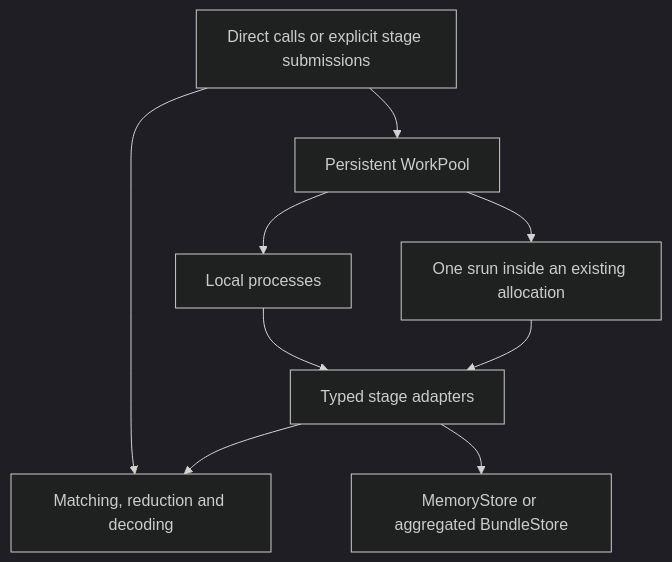
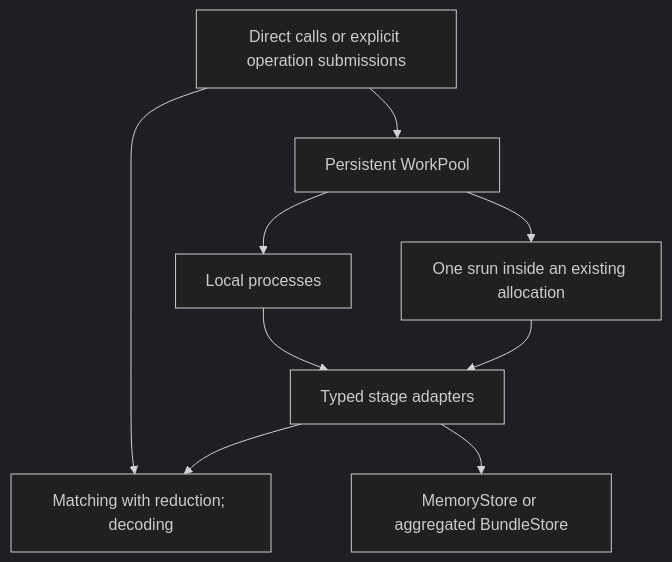
The seventh of 9 diagrams in design.md (yunhzou/MAPPA-AAM), drawn with Mermaid (dark theme) before and after one commit. The commit also changed other lines of this file and 18 other files, not shown here.

````diff
--- a/design.md
+++ b/design.md
@@ -679,11 +685,11 @@
 ```mermaid
 flowchart TB
-    User[Direct calls or explicit stage submissions] --> Core[Matching, reduction and decoding]
+    User[Direct calls or explicit operation submissions] --> Core[Matching with reduction; decoding]
     User --> Pool[Persistent WorkPool]
     Pool --> Local[Local processes]
     Pool --> Slurm[One srun inside an existing allocation]
     Local --> Adapter[Typed stage adapters]
     Slurm --> Adapter
     Adapter --> Core
     Adapter --> Storage[MemoryStore or aggregated BundleStore]
 ```
````
